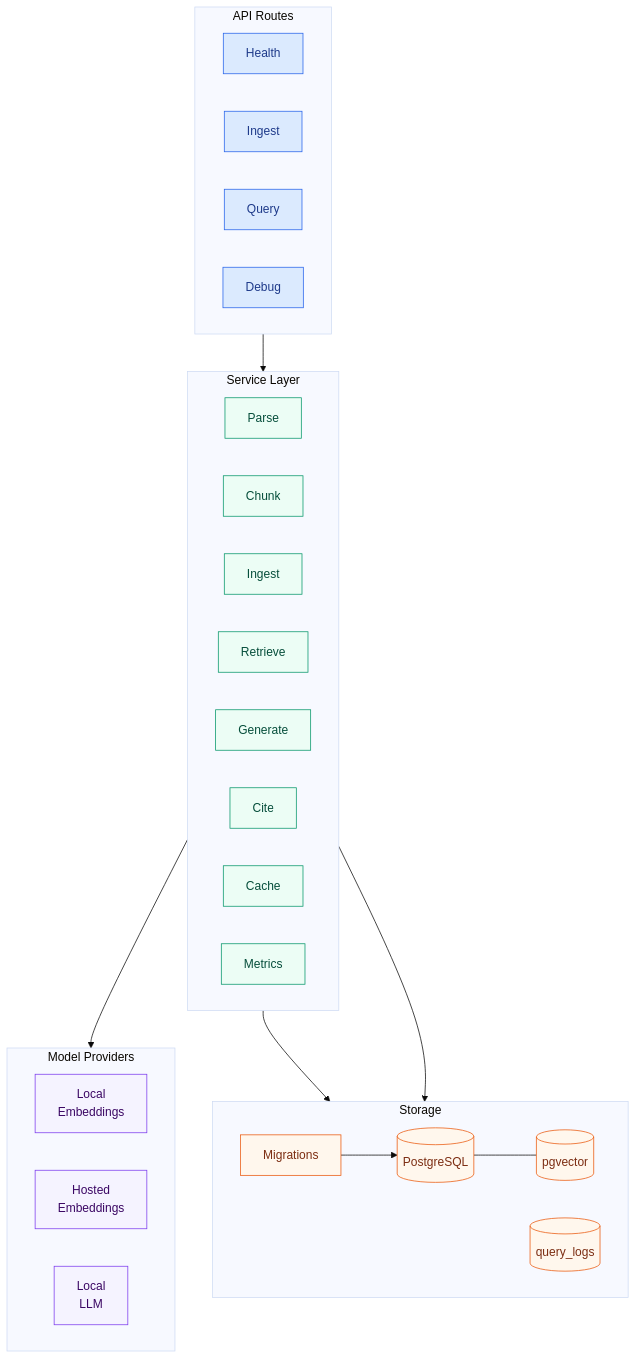
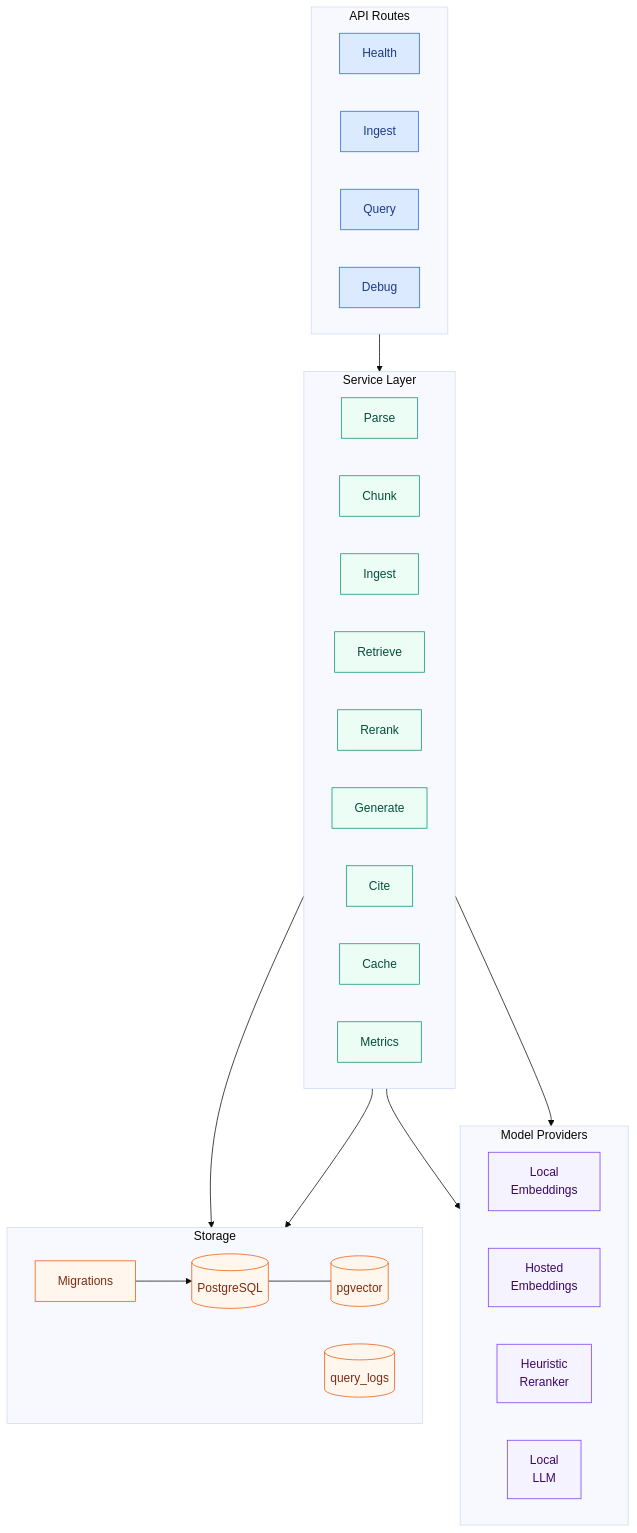
The third of 3 diagrams in README.md (gaganm1124/knowledge-assistant), drawn with Mermaid (base theme) before and after one commit. The commit also changed other lines of this file and 9 other files, not shown here.

Commit message:
Implement heuristic reranking service; update configuration and query handling to support reranking options

````diff
--- a/README.md
+++ b/README.md
@@ -110,49 +113,52 @@
 ```mermaid
 flowchart TB
     subgraph Routes["API Routes"]
         direction LR
         Health["Health"]:::route
         IngestRoute["Ingest"]:::route
         QueryRoute["Query"]:::route
         DebugRoute["Debug"]:::route
     end
 
     subgraph Services["Service Layer"]
         direction LR
         ParseSvc["Parse"]:::service
         ChunkSvc["Chunk"]:::service
         IngestSvc["Ingest"]:::service
         RetrievalSvc["Retrieve"]:::service
+        RerankingSvc["Rerank"]:::service
         GenerationSvc["Generate"]:::service
         CitationSvc["Cite"]:::service
         CacheSvc["Cache"]:::service
         MetricsSvc["Metrics"]:::service
     end
 
     subgraph Providers["Model Providers"]
         direction LR
         LocalEmbeddings["Local<br/>Embeddings"]:::provider
         HostedEmbeddings["Hosted<br/>Embeddings"]:::provider
+        HeuristicReranker["Heuristic<br/>Reranker"]:::provider
         LocalLLM["Local<br/>LLM"]:::provider
     end
 
     subgraph Storage["Storage"]
         direction LR
         Postgres[("PostgreSQL")]:::storage
         Pgvector[("pgvector")]:::storage
         QueryLogs[("query_logs")]:::storage
         Alembic["Migrations"]:::storage
     end
 
     Routes --> Services
     Services --> Providers
     Services --> Storage
+    RerankingSvc --> HeuristicReranker
     Postgres --- Pgvector
     MetricsSvc --> QueryLogs
     Alembic --> Postgres
 
     classDef route fill:#dbeafe,stroke:#2563eb,color:#1e3a8a;
     classDef service fill:#ecfdf5,stroke:#059669,color:#064e3b;
     classDef provider fill:#f5f3ff,stroke:#7c3aed,color:#3b0764;
     classDef storage fill:#fff7ed,stroke:#ea580c,color:#7c2d12;
 ```
````
